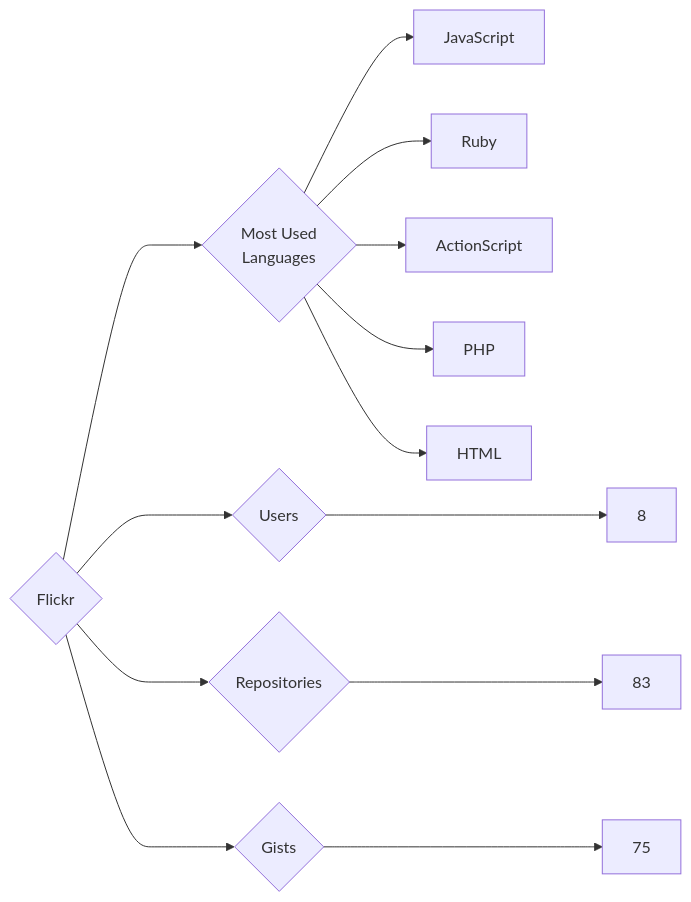
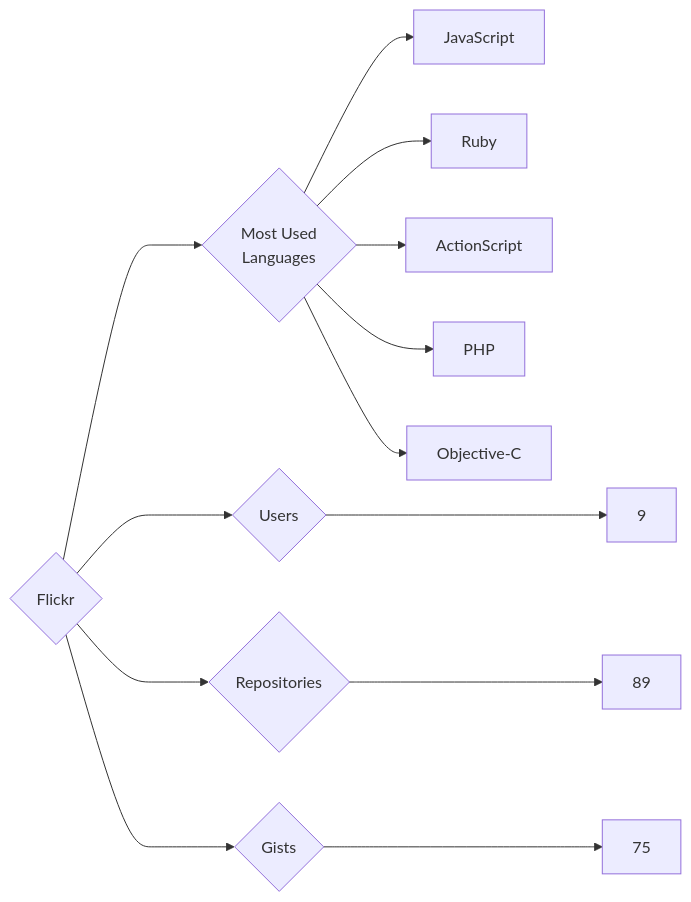
One commit to trickest/insiders changed the diagram in targets/Flickr/README.md. Above: the diagram before and after it, drawn with Mermaid. The commit also changed 951 other files, not shown here.

````diff
--- a/targets/Flickr/README.md
+++ b/targets/Flickr/README.md
@@ -3,13 +3,13 @@
 ```mermaid
 graph LR
 COMPANY_NAME{Flickr}
-COMPANY_NAME ---> U{Users} ---> UN[8]
-COMPANY_NAME ---> R{Repositories} ---> RN[83]
+COMPANY_NAME ---> U{Users} ---> UN[9]
+COMPANY_NAME ---> R{Repositories} ---> RN[89]
 COMPANY_NAME ---> G{Gists} ---> GN[75]
 COMPANY_NAME ---> ML{Most Used<br>Languages}
-ML --> JavaScript
-ML --> Ruby
-ML --> ActionScript
-ML --> PHP
-ML --> HTML
+ML --> JavaScript[JavaScript]
+ML --> Ruby[Ruby]
+ML --> ActionScript[ActionScript]
+ML --> PHP[PHP]
+ML --> Objective-C[Objective-C]
 ```
````
